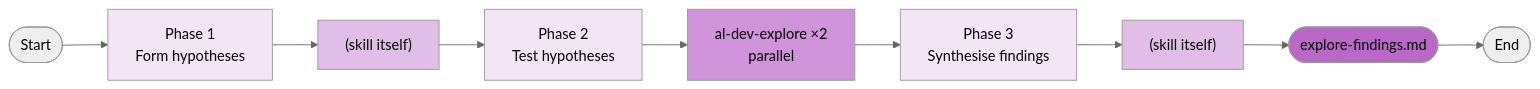
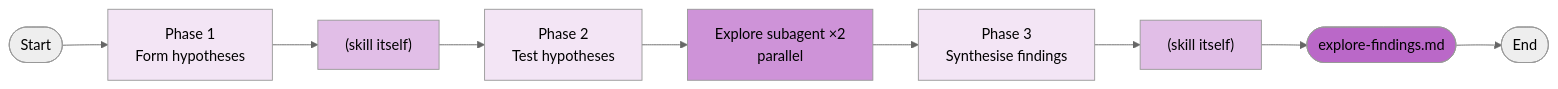
The fourth of 18 diagrams in docs/al-dev-plugin-map.md (russell-laing/al-dev-shared), drawn with Mermaid (neutral theme) before and after one commit.

Commit message:
fix(plugin-map): standardize Explore subagent labeling across three drill-downs

````diff
--- a/docs/al-dev-plugin-map.md
+++ b/docs/al-dev-plugin-map.md
@@ -115,19 +115,19 @@
 ```mermaid
 flowchart LR
     Start([Start]) --> Phase1["Phase 1<br/>Form hypotheses"]
     Phase1 --> SkillWork1["(skill itself)"]
     SkillWork1 --> Phase2["Phase 2<br/>Test hypotheses"]
-    Phase2 --> Agent1["al-dev-explore ×2<br/>parallel"]
+    Phase2 --> Agent1["Explore subagent ×2<br/>parallel"]
     Agent1 --> Phase3["Phase 3<br/>Synthesise findings"]
     Phase3 --> SkillWork2["(skill itself)"]
     SkillWork2 --> Output1(["explore-findings.md"])
     Output1 --> End([End])
 
     style Phase1 fill:#f3e5f5
     style Phase2 fill:#f3e5f5
     style Phase3 fill:#f3e5f5
     style SkillWork1 fill:#e1bee7
     style SkillWork2 fill:#e1bee7
     style Agent1 fill:#ce93d8
     style Output1 fill:#ba68c8
 ```
````
